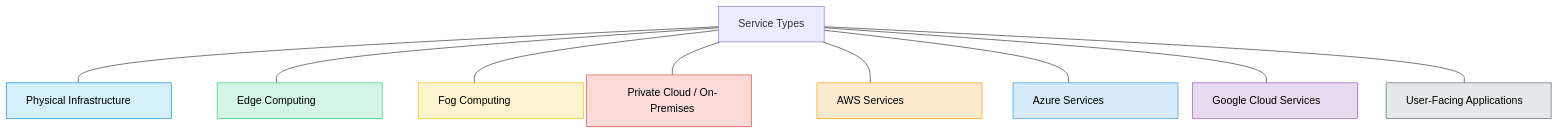
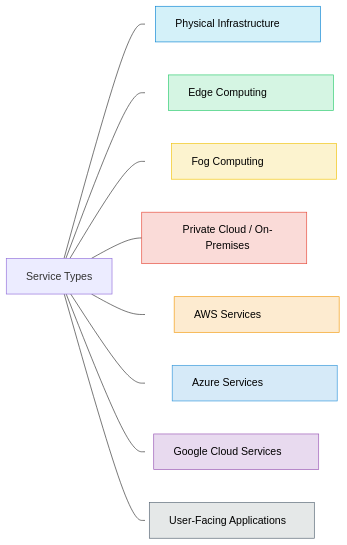
One commit to StefVuck/test changed the first of 20 diagrams in README.md. Above: the diagram before and after it, drawn with Mermaid. The commit also changed other lines of this file, not shown here.

````diff
--- a/README.md
+++ b/README.md
@@ -135,40 +2,40 @@
 ```mermaid
-flowchart TD
+flowchart LR
     classDef physical fill:#D4F1F9,stroke:#0E86D4,color:black
     classDef edge fill:#D5F5E3,stroke:#2ECC71,color:black
     classDef fog fill:#FCF3CF,stroke:#F1C40F,color:black
     classDef private fill:#FADBD8,stroke:#E74C3C,color:black
     classDef awsServices fill:#FDEBD0,stroke:#F39C12,color:black
     classDef azureServices fill:#D6EAF8,stroke:#3498DB,color:black
     classDef gcpServices fill:#E8DAEF,stroke:#9B59B6,color:black
     classDef userFacing fill:#E5E8E8,stroke:#566573,color:black
     
     A[Physical Infrastructure]:::physical
     B[Edge Computing]:::edge
     C[Fog Computing]:::fog
     D[Private Cloud / On-Premises]:::private
     E[AWS Services]:::awsServices
     F[Azure Services]:::azureServices
     G[Google Cloud Services]:::gcpServices
     H[User-Facing Applications]:::userFacing
     
     style A width:250px
     style B width:250px
     style C width:250px
     style D width:250px
     style E width:250px
     style F width:250px
     style G width:250px
     style H width:250px
     
     I[Service Types]
     
     I --- A
     I --- B
     I --- C
     I --- D
     I --- E
     I --- F
     I --- G
     I --- H
 ```
````
